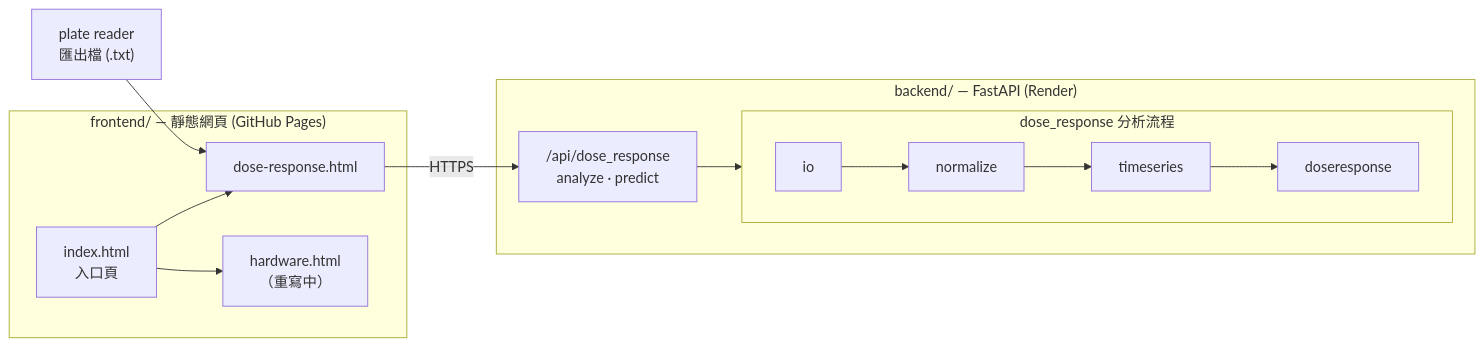
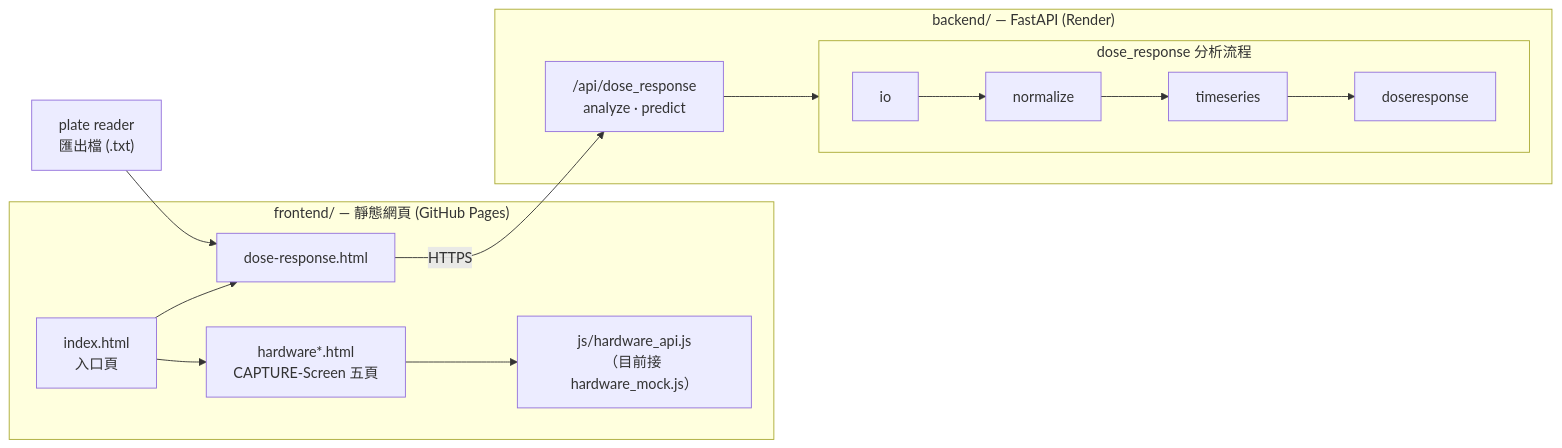
The diagram in README.md (igem-ncku-software/igem-software), drawn with Mermaid before and after one commit. The commit also changed other lines of this file and 18 other files, not shown here.

````diff
--- a/README.md
+++ b/README.md
@@ -14,24 +14,26 @@
 ```mermaid
 flowchart LR
     FILE["plate reader<br/>匯出檔 (.txt)"]
 
     subgraph FE["frontend/ — 靜態網頁 (GitHub Pages)"]
         IDX["index.html<br/>入口頁"]
         DR["dose-response.html"]
-        HW["hardware.html<br/>（重寫中）"]
+        HW["hardware*.html<br/>CAPTURE-Screen 五頁"]
+        MOCK["js/hardware_api.js<br/>（目前接 hardware_mock.js）"]
         IDX --> DR
         IDX --> HW
+        HW --> MOCK
     end
 
     subgraph BE["backend/ — FastAPI (Render)"]
         RT1["/api/dose_response<br/>analyze · predict"]
         subgraph PIPE["dose_response 分析流程"]
             direction LR
             IO["io"] --> NRM["normalize"] --> TS["timeseries"] --> DRS["doseresponse"]
         end
         RT1 --> PIPE
     end
 
     FILE --> DR
     DR -->|HTTPS| RT1
 ```
````
